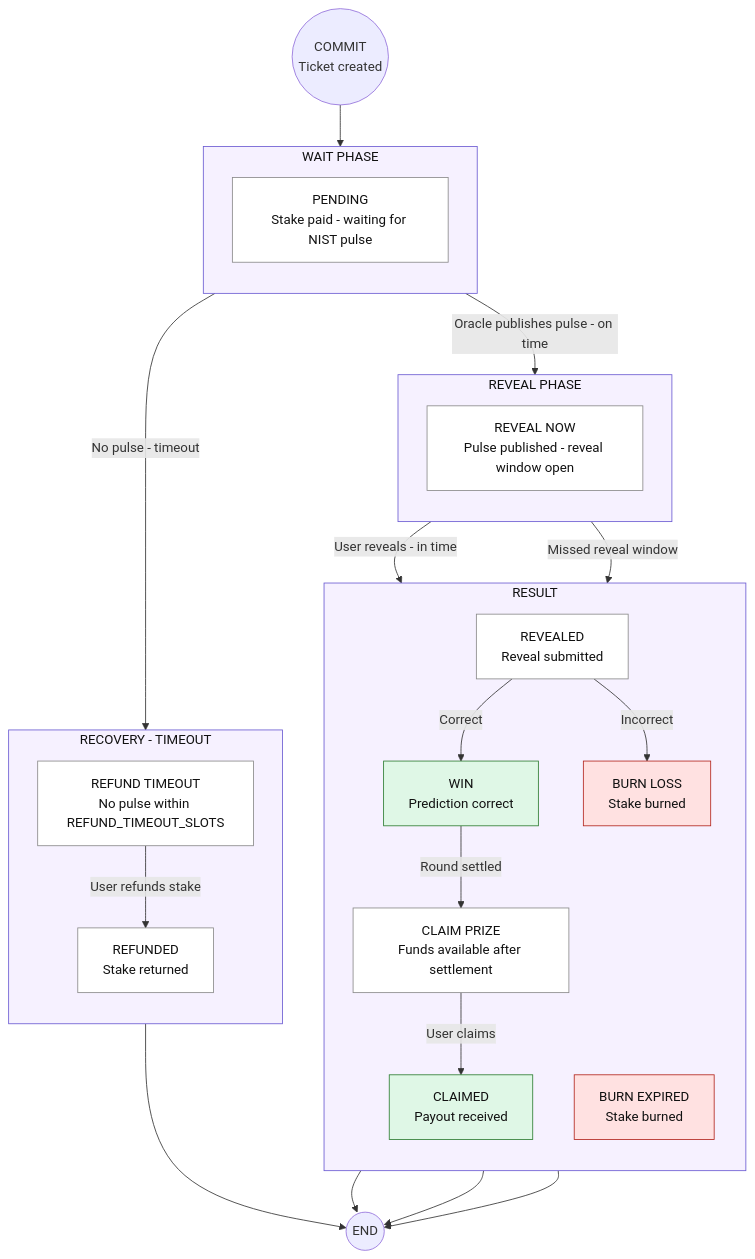
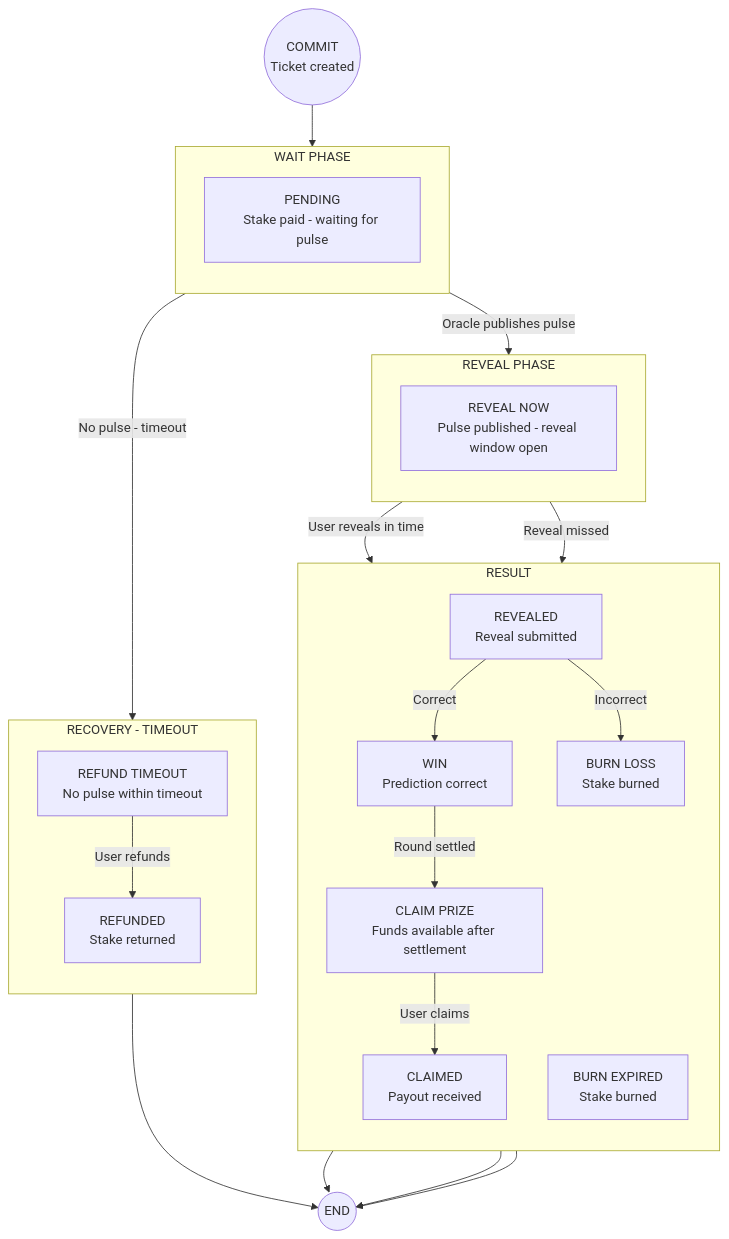
Before and after one commit to TIMLG-Protocol/timlg-protocol: the diagram in docs/LIFECYCLE.md, drawn with Mermaid. The commit also changed other lines of this file and 30 other files, not shown here.

````diff
--- a/docs/LIFECYCLE.md
+++ b/docs/LIFECYCLE.md
@@ -5,64 +6,58 @@
 ```mermaid
 flowchart 
-  Start((COMMIT\nTicket created))
+  Start((COMMIT
+Ticket created))
 
   subgraph WAIT[WAIT PHASE]
     direction TB
-    PENDING[PENDING\nStake paid - waiting for NIST pulse]
+    PENDING[PENDING
+Stake paid - waiting for pulse]
   end
 
   subgraph REVEAL[REVEAL PHASE]
     direction TB
-    REVEAL_NOW[REVEAL NOW\nPulse published - reveal window open]
+    REVEAL_NOW[REVEAL NOW
+Pulse published - reveal window open]
   end
 
   subgraph RESULT[RESULT]
     direction TB
-    REVEALED[REVEALED\nReveal submitted]
-    WIN[WIN\nPrediction correct]
-    BURN_LOSS[BURN LOSS\nStake burned]
-    CLAIM_PRIZE[CLAIM PRIZE\nFunds available after settlement]
-    CLAIMED[CLAIMED\nPayout received]
-    BURN_EXPIRED[BURN EXPIRED\nStake burned]
+    REVEALED[REVEALED
+Reveal submitted]
+    WIN[WIN
+Prediction correct]
+    BURN_LOSS[BURN LOSS
+Stake burned]
+    CLAIM_PRIZE[CLAIM PRIZE
+Funds available after settlement]
+    CLAIMED[CLAIMED
+Payout received]
+    BURN_EXPIRED[BURN EXPIRED
+Stake burned]
   end
 
   subgraph RECOVERY[RECOVERY - TIMEOUT]
     direction TB
-    REFUND_TIMEOUT[REFUND TIMEOUT\nNo pulse within REFUND_TIMEOUT_SLOTS]
-    REFUNDED[REFUNDED\nStake returned]
+    REFUND_TIMEOUT[REFUND TIMEOUT
+No pulse within timeout]
+    REFUNDED[REFUNDED
+Stake returned]
   end
 
   End((END))
 
   Start --> PENDING
-
-  PENDING -->|Oracle publishes pulse - on time| REVEAL_NOW
+  PENDING -->|Oracle publishes pulse| REVEAL_NOW
   PENDING -->|No pulse - timeout| REFUND_TIMEOUT
-
-  REVEAL_NOW -->|User reveals - in time| REVEALED
-  REVEAL_NOW -->|Missed reveal window| BURN_EXPIRED
-
+  REVEAL_NOW -->|User reveals in time| REVEALED
+  REVEAL_NOW -->|Reveal missed| BURN_EXPIRED
   REVEALED -->|Correct| WIN
   REVEALED -->|Incorrect| BURN_LOSS
-
   WIN -->|Round settled| CLAIM_PRIZE
   CLAIM_PRIZE -->|User claims| CLAIMED
-
-  REFUND_TIMEOUT -->|User refunds stake| REFUNDED
-
+  REFUND_TIMEOUT -->|User refunds| REFUNDED
   BURN_LOSS --> End
   BURN_EXPIRED --> End
   CLAIMED --> End
   REFUNDED --> End
-
-  classDef phase fill:#F6F1FF,stroke:#6B5BD2,stroke-width:1px,color:#111;
-  classDef neutral fill:#FFFFFF,stroke:#8A8A8A,stroke-width:1px,color:#111;
-  classDef good fill:#DFF7E6,stroke:#2E7D32,stroke-width:1px,color:#111;
-  classDef warn fill:#FFF4CC,stroke:#B08900,stroke-width:1px,color:#111;
-  classDef bad fill:#FFE1E1,stroke:#B3261E,stroke-width:1px,color:#111;
-
-  class WAIT,REVEAL,RESULT,RECOVERY phase;
-  class PENDING,REVEAL_NOW,REVEALED,CLAIM_PRIZE,REFUND_TIMEOUT,REFUNDED neutral;
-  class WIN,CLAIMED good;
-  class BURN_LOSS,BURN_EXPIRED bad;
 ```
````
